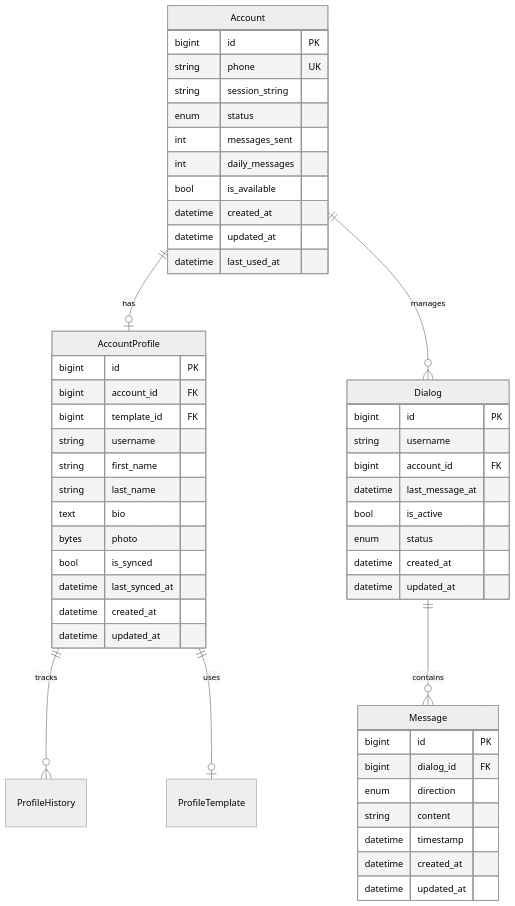
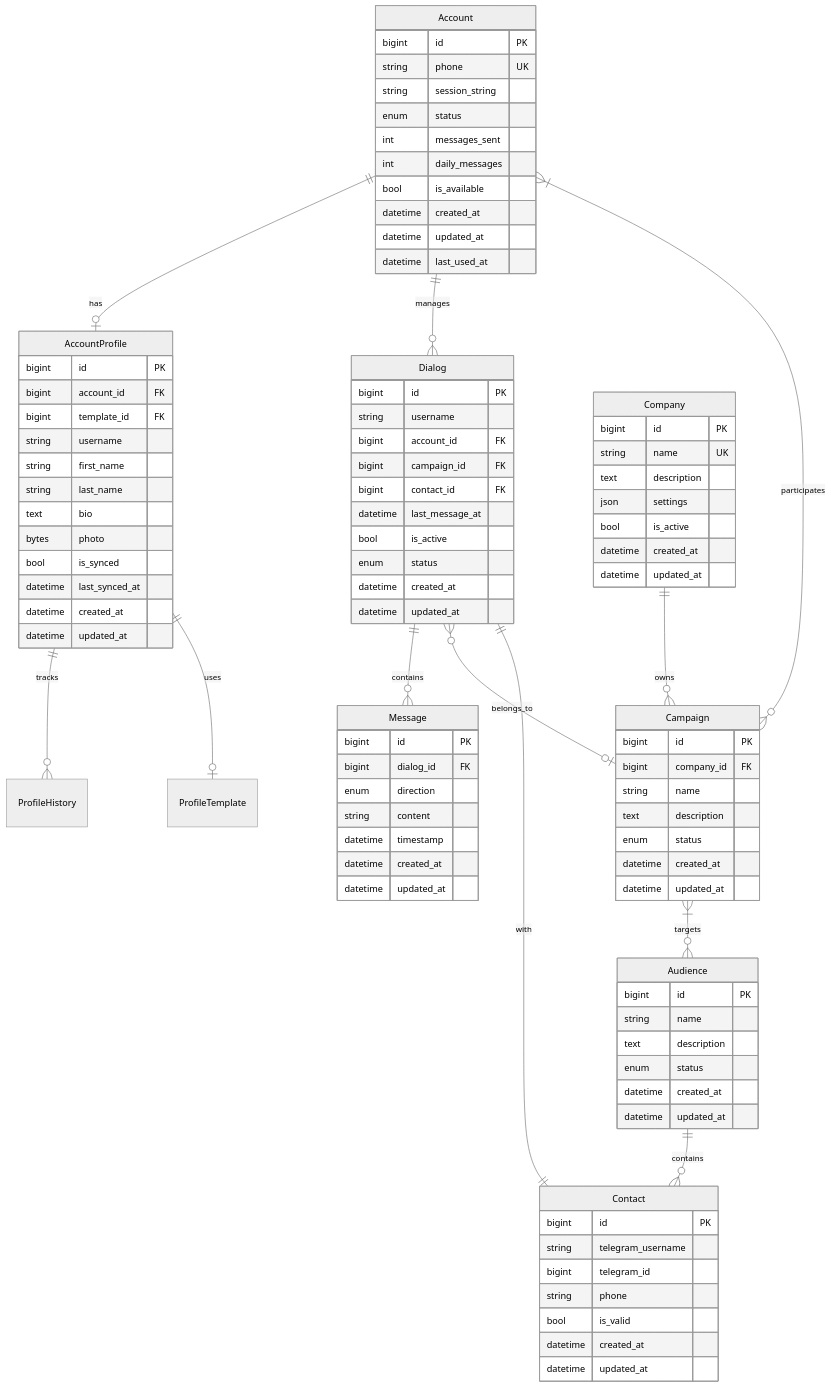
One commit to leshchenko1979/ai_sales changed the diagram in docs/1 - current/technical/database.md. Above: the diagram before and after it, drawn with Mermaid (neutral theme). The commit also changed other lines of this file and 53 other files, not shown here.

````diff
--- a/docs/1 - current/technical/database.md
+++ b/docs/1 - current/technical/database.md
@@ -15,9 +20,15 @@
 erDiagram
     Account ||--o| AccountProfile : has
     Account ||--o{ Dialog : manages
+    Account }|--o{ Campaign : participates
     AccountProfile ||--o{ ProfileHistory : tracks
     AccountProfile ||--o| ProfileTemplate : uses
     Dialog ||--o{ Message : contains
+    Dialog }o--o| Campaign : belongs_to
+    Dialog ||--|| Contact : with
+    Audience ||--o{ Contact : contains
+    Campaign }|--o{ Audience : targets
+    Company ||--o{ Campaign : owns
 
     Account {
         bigint id PK
@@ -51,6 +62,8 @@
         bigint id PK
         string username
         bigint account_id FK
+        bigint campaign_id FK
+        bigint contact_id FK
         datetime last_message_at
         bool is_active
         enum status
@@ -67,4 +80,43 @@
         datetime created_at
         datetime updated_at
     }
+
+    Contact {
+        bigint id PK
+        string telegram_username
+        bigint telegram_id
+        string phone
+        bool is_valid
+        datetime created_at
+        datetime updated_at
+    }
+
+    Audience {
+        bigint id PK
+        string name
+        text description
+        enum status
+        datetime created_at
+        datetime updated_at
+    }
+
+    Campaign {
+        bigint id PK
+        bigint company_id FK
+        string name
+        text description
+        enum status
+        datetime created_at
+        datetime updated_at
+    }
+
+    Company {
+        bigint id PK
+        string name UK
+        text description
+        json settings
+        bool is_active
+        datetime created_at
+        datetime updated_at
+    }
 ```
````
